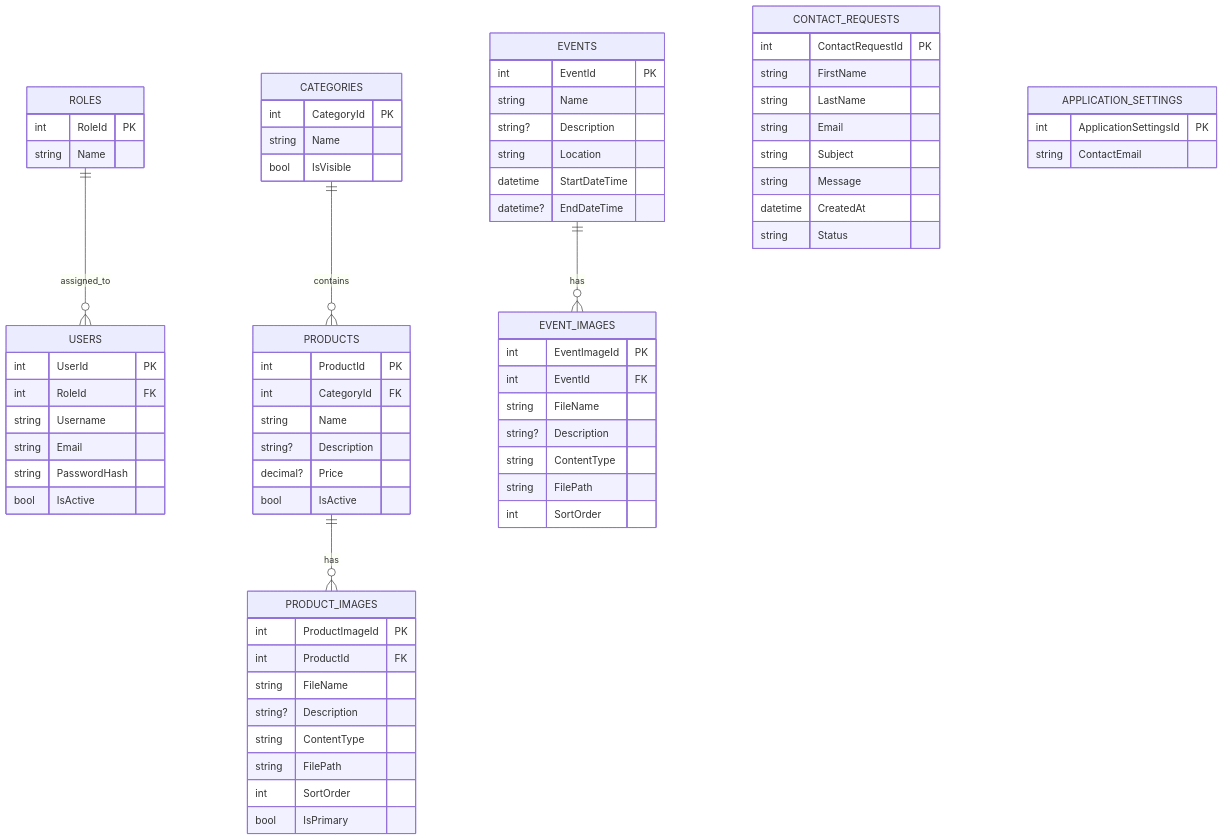
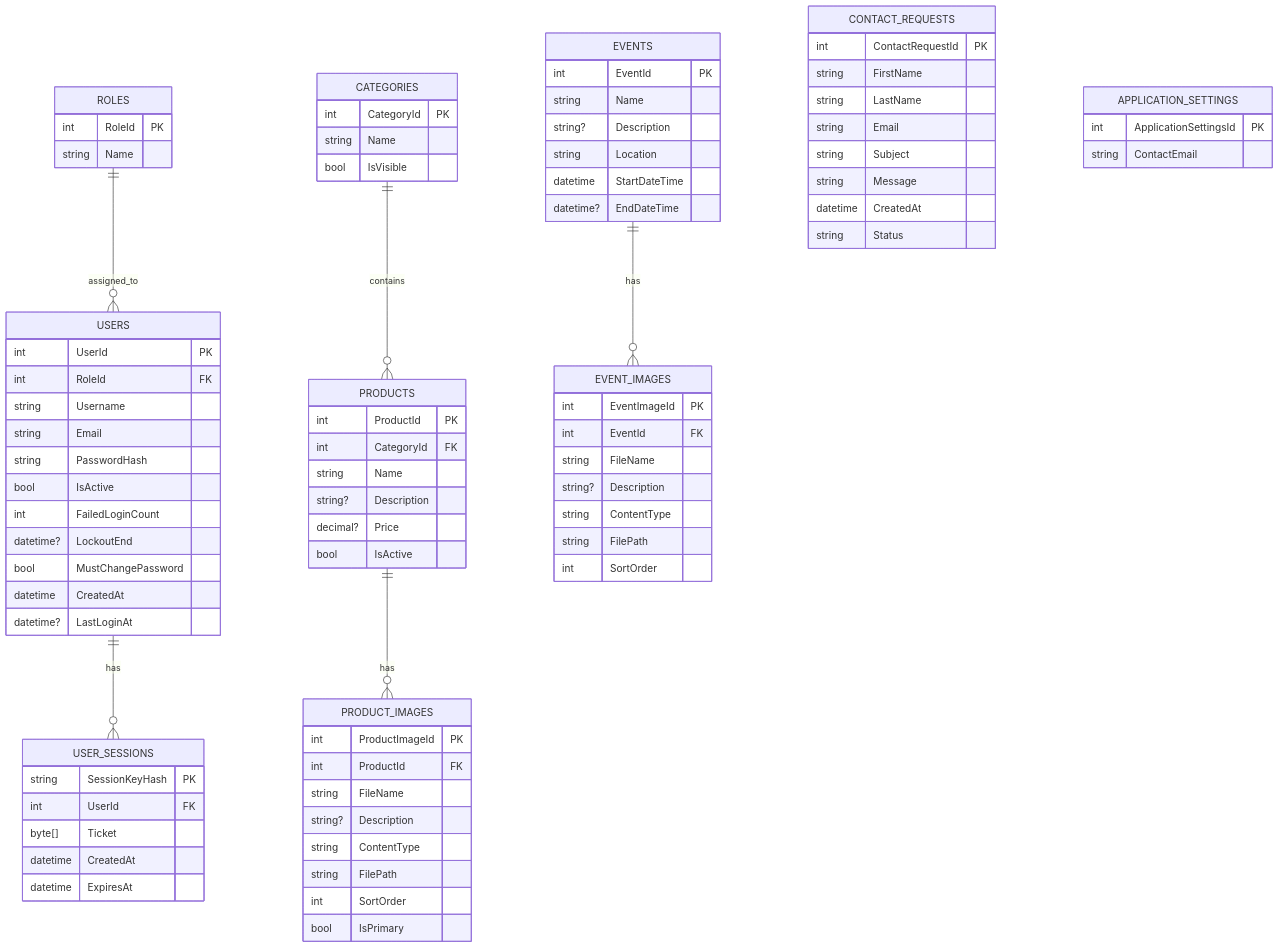
The diagram in documentation/UMLEntityRelationshipDiagramm.mmd (SchuelerfirmaBBS1/Webseite_Schuelerfirma_04), drawn with Mermaid before and after one commit. The commit also changed 2 other files, not shown here.

Commit message:
docs: add login fields and user sessions to the model diagrams

```diff
--- a/documentation/UMLEntityRelationshipDiagramm.mmd
+++ b/documentation/UMLEntityRelationshipDiagramm.mmd
@@ -1,82 +1,96 @@
 erDiagram
 
     USERS {
         int UserId PK
         int RoleId FK
         string Username
         string Email
         string PasswordHash
         bool IsActive
+        int FailedLoginCount
+        datetime? LockoutEnd
+        bool MustChangePassword
+        datetime CreatedAt
+        datetime? LastLoginAt
     }
 
     ROLES {
         int RoleId PK
         string Name
+    }
+
+    USER_SESSIONS {
+        string SessionKeyHash PK
+        int UserId FK
+        byte[] Ticket
+        datetime CreatedAt
+        datetime ExpiresAt
     }
 
     CATEGORIES {
         int CategoryId PK
         string Name
         bool IsVisible
     }
 
     PRODUCTS {
         int ProductId PK
         int CategoryId FK
         string Name
         string? Description
         decimal? Price
         bool IsActive
     }
 
     PRODUCT_IMAGES {
         int ProductImageId PK
         int ProductId FK
         string FileName
         string? Description
         string ContentType
         string FilePath
         int SortOrder
         bool IsPrimary
     }
 
     EVENTS {
         int EventId PK
         string Name
         string? Description
         string Location
         datetime StartDateTime
         datetime? EndDateTime
     }
 
     EVENT_IMAGES {
         int EventImageId PK
         int EventId FK
         string FileName
         string? Description
         string ContentType
         string FilePath
         int SortOrder
     }
 
     CONTACT_REQUESTS {
         int ContactRequestId PK
         string FirstName
         string LastName
         string Email
         string Subject
         string Message
         datetime CreatedAt
         string Status
     }
 
     APPLICATION_SETTINGS {
         int ApplicationSettingsId PK
         string ContactEmail
     }
 
     CATEGORIES ||--o{ PRODUCTS : contains
     PRODUCTS ||--o{ PRODUCT_IMAGES : has
     EVENTS ||--o{ EVENT_IMAGES : has
 
     ROLES ||--o{ USERS : assigned_to
+    USERS ||--o{ USER_SESSIONS : has
```
